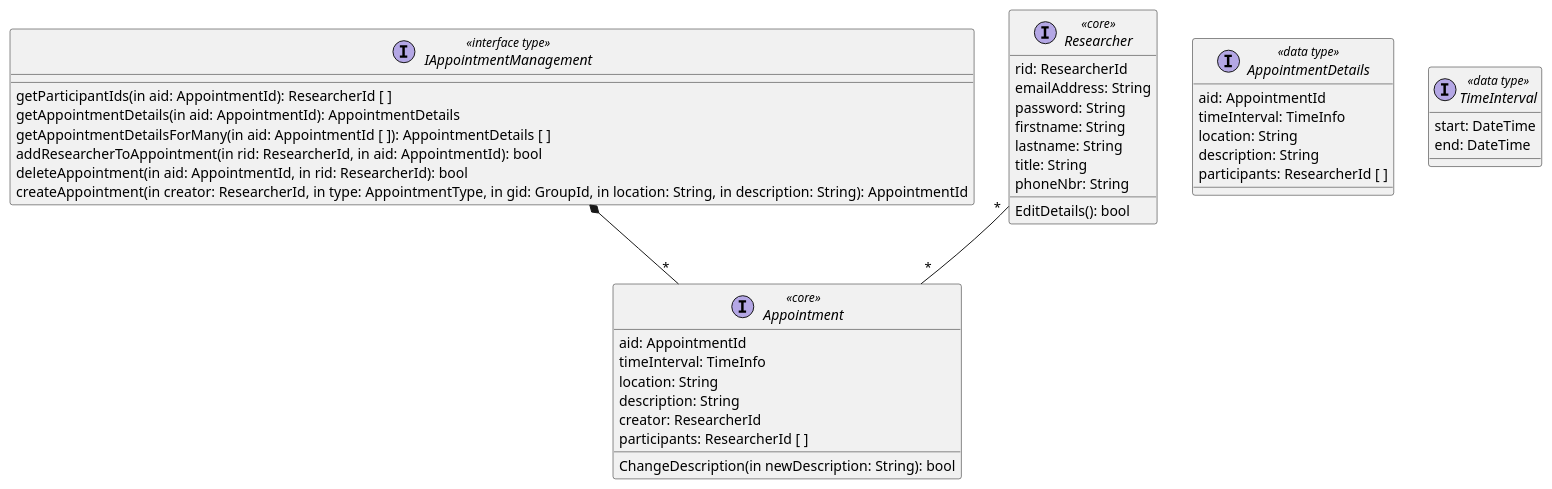
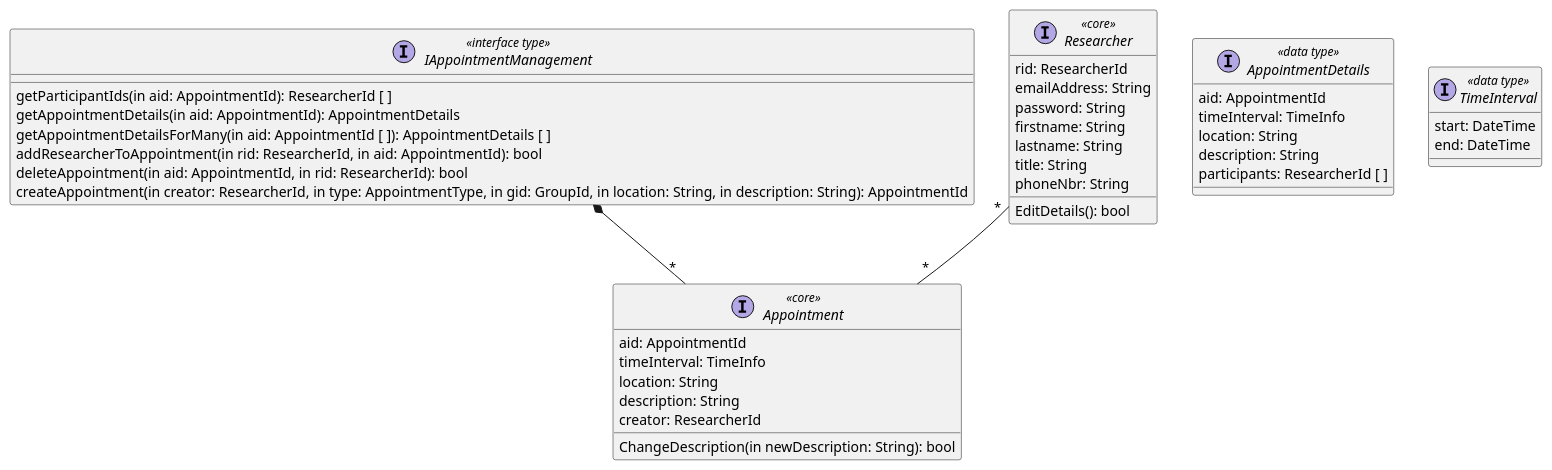
One commit to bugagashen6ka/quark changed the third of 3 diagrams in doc/ch7-component-specification/business-interface-specification-diagrams.org. Above: the diagram before and after it, drawn with PlantUML. The commit also changed other lines of this file, not shown here.

```diff
--- a/doc/ch7-component-specification/business-interface-specification-diagrams.org
+++ b/doc/ch7-component-specification/business-interface-specification-diagrams.org
@@ -85,47 +87,46 @@
-  #+begin_src plantuml :file ./ireseacher_management.png
+  #+begin_src plantuml :file ./iappointment_management.png
   interface IAppointmentManagement << interface type >> {
     getParticipantIds(in aid: AppointmentId): ResearcherId [ ]
     getAppointmentDetails(in aid: AppointmentId): AppointmentDetails
     getAppointmentDetailsForMany(in aid: AppointmentId [ ]): AppointmentDetails [ ]
     addResearcherToAppointment(in rid: ResearcherId, in aid: AppointmentId): bool
     deleteAppointment(in aid: AppointmentId, in rid: ResearcherId): bool
     createAppointment(in creator: ResearcherId, in type: AppointmentType, in gid: GroupId, in location: String, in description: String): AppointmentId
   }
   interface Researcher << core >> {
     rid: ResearcherId
     emailAddress: String
     password: String
     firstname: String
     lastname: String
     title: String
     phoneNbr: String
     EditDetails(): bool
   }
 
   interface AppointmentDetails << data type >> {
     aid: AppointmentId
     timeInterval: TimeInfo
     location: String
     description: String
     participants: ResearcherId [ ]
   }
 
   interface Appointment << core >> {
     aid: AppointmentId
     timeInterval: TimeInfo
     location: String
     description: String
     creator: ResearcherId
-    participants: ResearcherId [ ]
     ChangeDescription(in newDescription: String): bool
   }
 
   interface TimeInterval << data type >> {
     start: DateTime
     end: DateTime
   }
 
   IAppointmentManagement *-- "*" Appointment
   Researcher "*" -- "*" Appointment
 
   #+END_src
```
